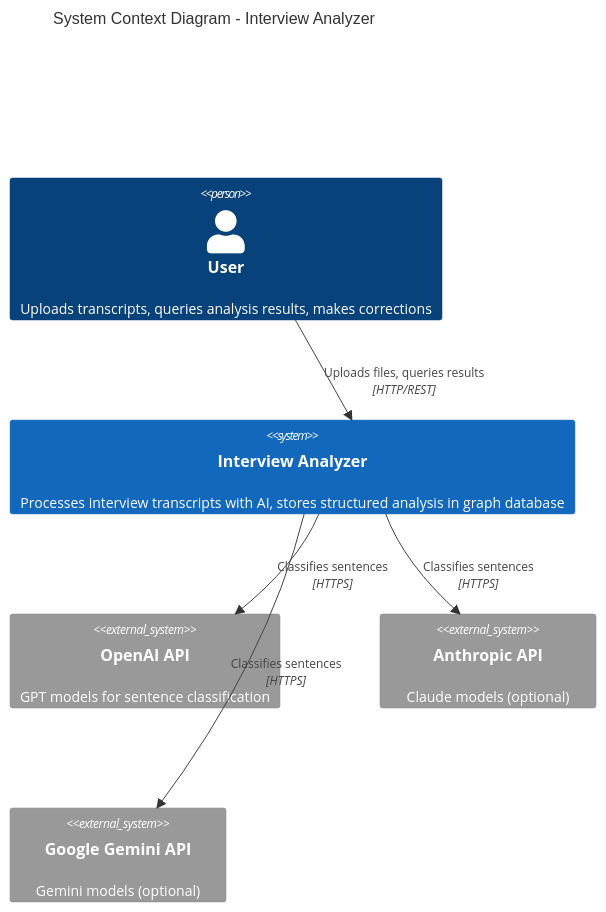
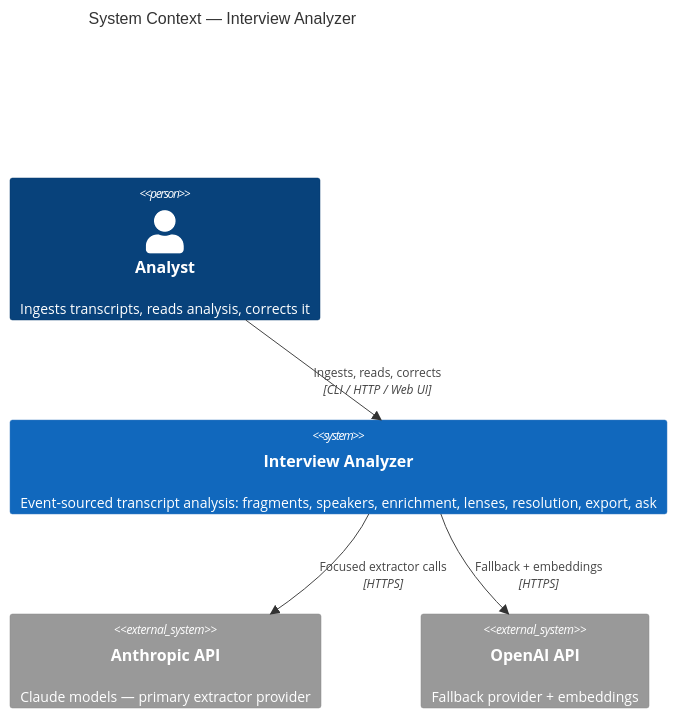
The first of 4 diagrams in docs/architecture/system-overview.md (DigitalCowboyN/interview_analyzer_chaining), drawn with Mermaid before and after one commit. The commit also changed other lines of this file and 10 other files, not shown here.

First line of the commit message:
docs: refresh README + product/architecture docs (current through M5.1b) (#15)

````diff
--- a/docs/architecture/system-overview.md
+++ b/docs/architecture/system-overview.md
@@ -9,17 +11,15 @@
 ```mermaid
 C4Context
-    title System Context Diagram - Interview Analyzer
+    title System Context — Interview Analyzer
 
-    Person(user, "User", "Uploads transcripts, queries analysis results, makes corrections")
+    Person(analyst, "Analyst", "Ingests transcripts, reads analysis, corrects it")
 
-    System(analyzer, "Interview Analyzer", "Processes interview transcripts with AI, stores structured analysis in graph database")
+    System(analyzer, "Interview Analyzer", "Event-sourced transcript analysis: fragments, speakers, enrichment, lenses, resolution, export, ask")
 
-    System_Ext(openai, "OpenAI API", "GPT models for sentence classification")
-    System_Ext(anthropic, "Anthropic API", "Claude models (optional)")
-    System_Ext(gemini, "Google Gemini API", "Gemini models (optional)")
+    System_Ext(anthropic, "Anthropic API", "Claude models — primary extractor provider")
+    System_Ext(openai, "OpenAI API", "Fallback provider + embeddings")
 
-    Rel(user, analyzer, "Uploads files, queries results", "HTTP/REST")
-    Rel(analyzer, openai, "Classifies sentences", "HTTPS")
-    Rel(analyzer, anthropic, "Classifies sentences", "HTTPS")
-    Rel(analyzer, gemini, "Classifies sentences", "HTTPS")
+    Rel(analyst, analyzer, "Ingests, reads, corrects", "CLI / HTTP / Web UI")
+    Rel(analyzer, anthropic, "Focused extractor calls", "HTTPS")
+    Rel(analyzer, openai, "Fallback + embeddings", "HTTPS")
 ```
````
